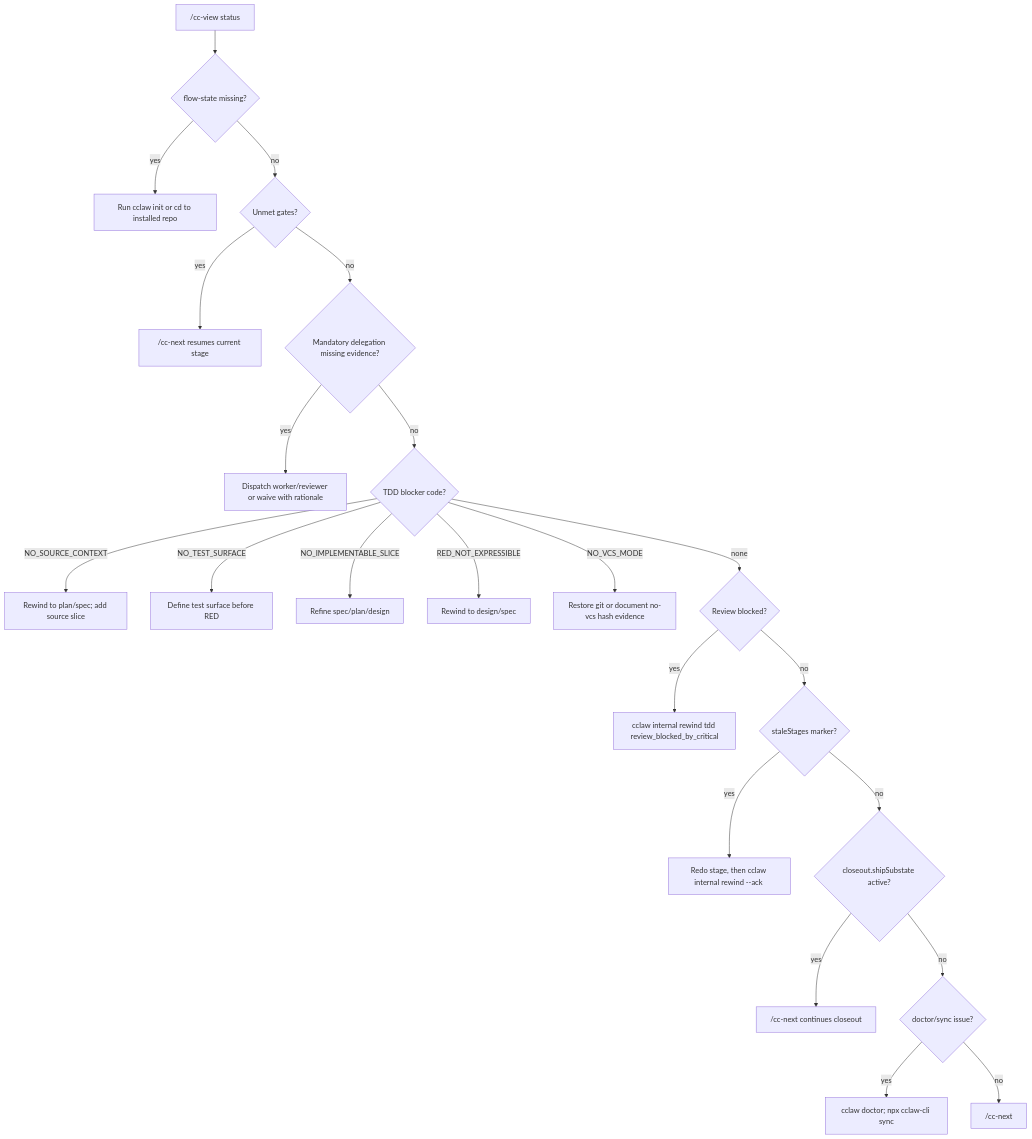
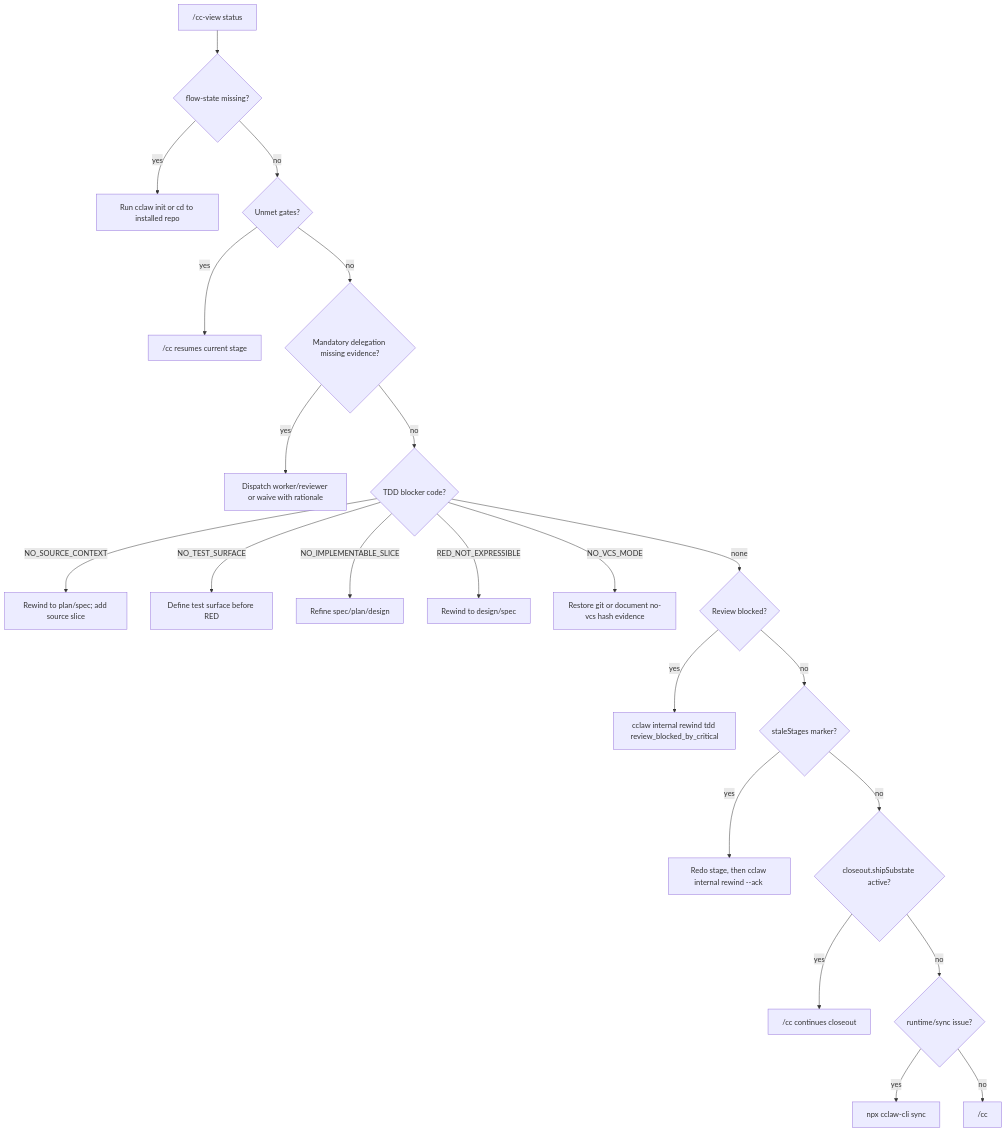
The second of 3 diagrams in docs/scheme-of-work.md (zuevrs/cclaw), drawn with Mermaid before and after one commit. The commit also changed other lines of this file and 134 other files, not shown here.

````diff
--- a/docs/scheme-of-work.md
+++ b/docs/scheme-of-work.md
@@ -92,24 +100,24 @@
 ```mermaid
 flowchart TD
   status["/cc-view status"] --> missingState{"flow-state missing?"}
   missingState -->|yes| init["Run cclaw init or cd to installed repo"]
   missingState -->|no| gates{"Unmet gates?"}
-  gates -->|yes| resume["/cc-next resumes current stage"]
+  gates -->|yes| resume["/cc resumes current stage"]
   gates -->|no| delegation{"Mandatory delegation missing evidence?"}
   delegation -->|yes| worker["Dispatch worker/reviewer or waive with rationale"]
   delegation -->|no| tdd{"TDD blocker code?"}
   tdd -->|NO_SOURCE_CONTEXT| source["Rewind to plan/spec; add source slice"]
   tdd -->|NO_TEST_SURFACE| tests["Define test surface before RED"]
   tdd -->|NO_IMPLEMENTABLE_SLICE| slice["Refine spec/plan/design"]
   tdd -->|RED_NOT_EXPRESSIBLE| design["Rewind to design/spec"]
   tdd -->|NO_VCS_MODE| vcs["Restore git or document no-vcs hash evidence"]
   tdd -->|none| review{"Review blocked?"}
   review -->|yes| back["cclaw internal rewind tdd review_blocked_by_critical"]
   review -->|no| stale{"staleStages marker?"}
   stale -->|yes| redo["Redo stage, then cclaw internal rewind --ack <stage>"]
   stale -->|no| closeout{"closeout.shipSubstate active?"}
-  closeout -->|yes| ccnext["/cc-next continues closeout"]
-  closeout -->|no| doctor{"doctor/sync issue?"}
-  doctor -->|yes| sync["cclaw doctor; npx cclaw-cli sync"]
-  doctor -->|no| advance["/cc-next"]
+  closeout -->|yes| ccnext["/cc continues closeout"]
+  closeout -->|no| sync{"runtime/sync issue?"}
+  sync -->|yes| resync["npx cclaw-cli sync"]
+  sync -->|no| advance["/cc"]
 ```
````
